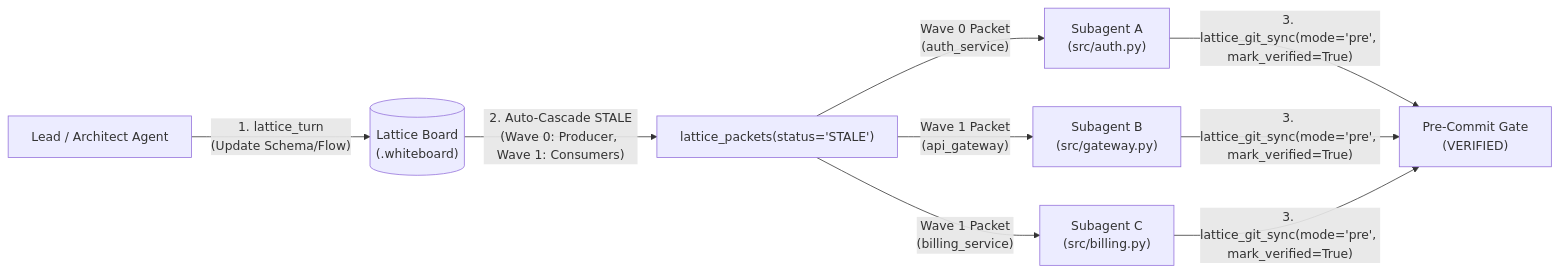
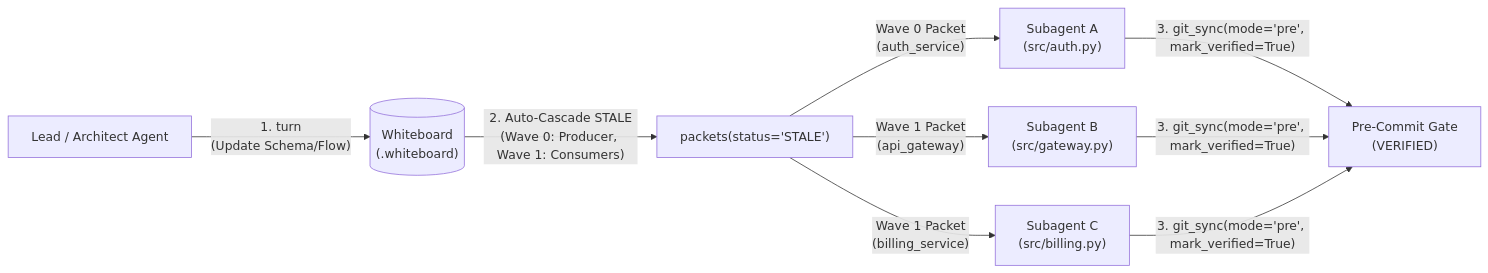
The diagram in docs/examples.md (celtiberi/bowthruster), drawn with Mermaid before and after one commit. The commit also changed other lines of this file and 89 other files, not shown here.

````diff
--- a/docs/examples.md
+++ b/docs/examples.md
@@ -13,9 +13,9 @@
 ```mermaid
 flowchart LR
-    Lead["Lead / Architect Agent"] -- "1. lattice_turn\n(Update Schema/Flow)" --> Board[("Lattice Board\n(.whiteboard)")]
-    Board -- "2. Auto-Cascade STALE\n(Wave 0: Producer, Wave 1: Consumers)" --> Packets["lattice_packets(status='STALE')"]
+    Lead["Lead / Architect Agent"] -- "1. turn\n(Update Schema/Flow)" --> Board[("Whiteboard\n(.whiteboard)")]
+    Board -- "2. Auto-Cascade STALE\n(Wave 0: Producer, Wave 1: Consumers)" --> Packets["packets(status='STALE')"]
     Packets -- "Wave 0 Packet\n(auth_service)" --> AgentA["Subagent A\n(src/auth.py)"]
     Packets -- "Wave 1 Packet\n(api_gateway)" --> AgentB["Subagent B\n(src/gateway.py)"]
     Packets -- "Wave 1 Packet\n(billing_service)" --> AgentC["Subagent C\n(src/billing.py)"]
-    AgentA & AgentB & AgentC -- "3. lattice_git_sync(mode='pre', mark_verified=True)" --> Gate["Pre-Commit Gate\n(VERIFIED)"]
+    AgentA & AgentB & AgentC -- "3. git_sync(mode='pre', mark_verified=True)" --> Gate["Pre-Commit Gate\n(VERIFIED)"]
 ```
````
